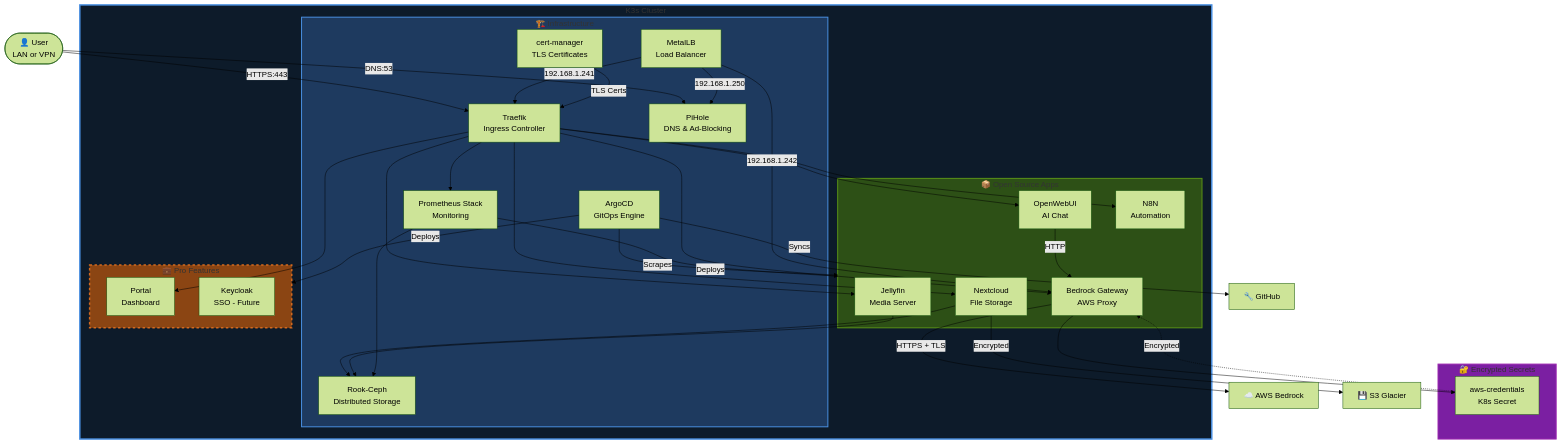
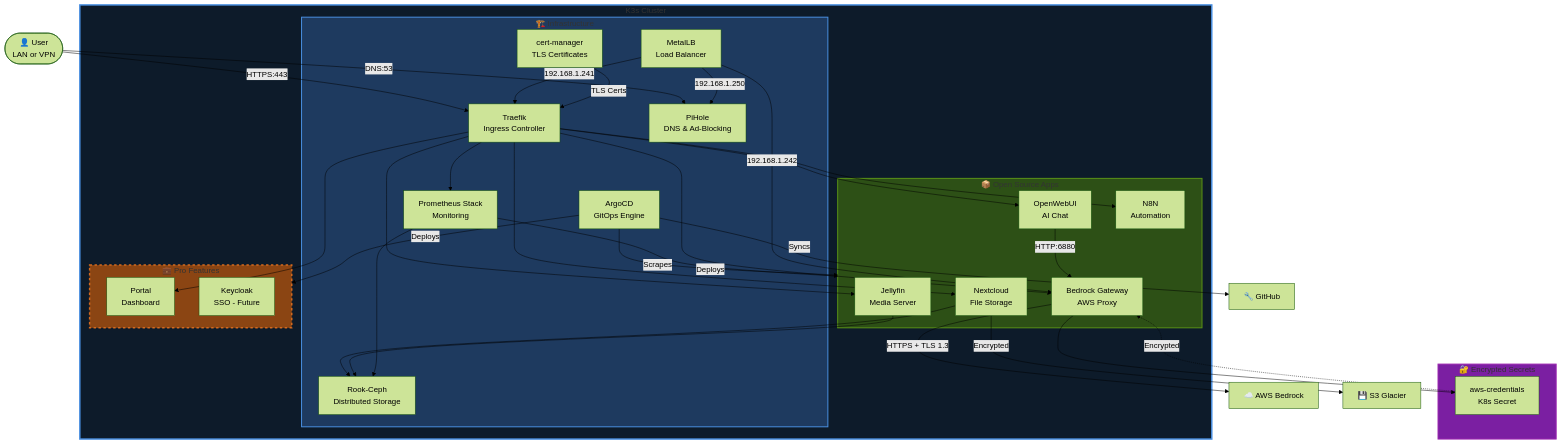
The second of 6 diagrams in docs/wiki/02-Architecture.md (seadogger-tech/seadogger-homelab), drawn with Mermaid (forest theme) before and after one commit. The commit also changed other lines of this file, not shown here.

First line of the commit message:
Fix Chapter 02 architecture diagrams with accurate technical details

````diff
--- a/docs/wiki/02-Architecture.md
+++ b/docs/wiki/02-Architecture.md
@@ -77,76 +72,76 @@
 ```mermaid
 graph TB
     User([👤 User<br/>LAN or VPN])
 
     subgraph K3s["K3s Cluster"]
         subgraph Infrastructure["🏗️ Infrastructure"]
             Traefik[Traefik<br/>Ingress Controller]
             MetalLB[MetalLB<br/>Load Balancer]
             Ceph[Rook-Ceph<br/>Distributed Storage]
             CertMgr[cert-manager<br/>TLS Certificates]
             ArgoCD[ArgoCD<br/>GitOps Engine]
             Prom[Prometheus Stack<br/>Monitoring]
             PiHole[PiHole<br/>DNS & Ad-Blocking]
         end
 
         subgraph Apps["📦 Open Source Apps"]
             Nextcloud[Nextcloud<br/>File Storage]
             Jellyfin[Jellyfin<br/>Media Server]
             OpenWebUI[OpenWebUI<br/>AI Chat]
             N8N[N8N<br/>Automation]
             Bedrock_GW[Bedrock Gateway<br/>AWS Proxy]
         end
 
         subgraph Pro["💼 Pro Features"]
             Portal[Portal<br/>Dashboard]
             Keycloak[Keycloak<br/>SSO - Future]
         end
     end
 
     subgraph Secrets["🔐 Encrypted Secrets"]
         AWS_Secret[aws-credentials<br/>K8s Secret]
     end
 
     GitHub[🔧 GitHub]
     AWS[☁️ AWS Bedrock]
     S3[💾 S3 Glacier]
 
     User -->|HTTPS:443| Traefik
     User -->|DNS:53| PiHole
 
     Traefik --> Nextcloud
     Traefik --> Jellyfin
     Traefik --> OpenWebUI
     Traefik --> N8N
     Traefik --> Portal
     Traefik --> Prom
     Traefik --> Bedrock_GW
 
     ArgoCD -->|Deploys| Apps
     ArgoCD -->|Deploys| Pro
     ArgoCD -->|Syncs| GitHub
 
     MetalLB -->|192.168.1.241| Traefik
     MetalLB -->|192.168.1.250| PiHole
     MetalLB -->|192.168.1.242| Bedrock_GW
 
     CertMgr -->|TLS Certs| Traefik
 
     Nextcloud --> Ceph
     Jellyfin --> Ceph
     Prom --> Ceph
 
     Bedrock_GW --> AWS_Secret
     AWS_Secret -.->|Encrypted| Bedrock_GW
 
     Prom -->|Scrapes| Apps
-    OpenWebUI -->|HTTP| Bedrock_GW
-    Bedrock_GW -->|HTTPS + TLS| AWS
+    OpenWebUI -->|HTTP:6880| Bedrock_GW
+    Bedrock_GW -->|HTTPS + TLS 1.3| AWS
     Nextcloud -->|Encrypted| S3
 
     style Infrastructure fill:#1e3a5f,stroke:#4a90e2,stroke-width:2px
     style Apps fill:#2d5016,stroke:#5a9216,stroke-width:2px
     style Pro fill:#8b4513,stroke:#d2691e,stroke-width:3px,stroke-dasharray: 5 5
     style K3s fill:#0d1b2a,stroke:#4a90e2,stroke-width:3px
     style Secrets fill:#7b1fa2,stroke:#9c27b0,stroke-width:2px
 ```
````
